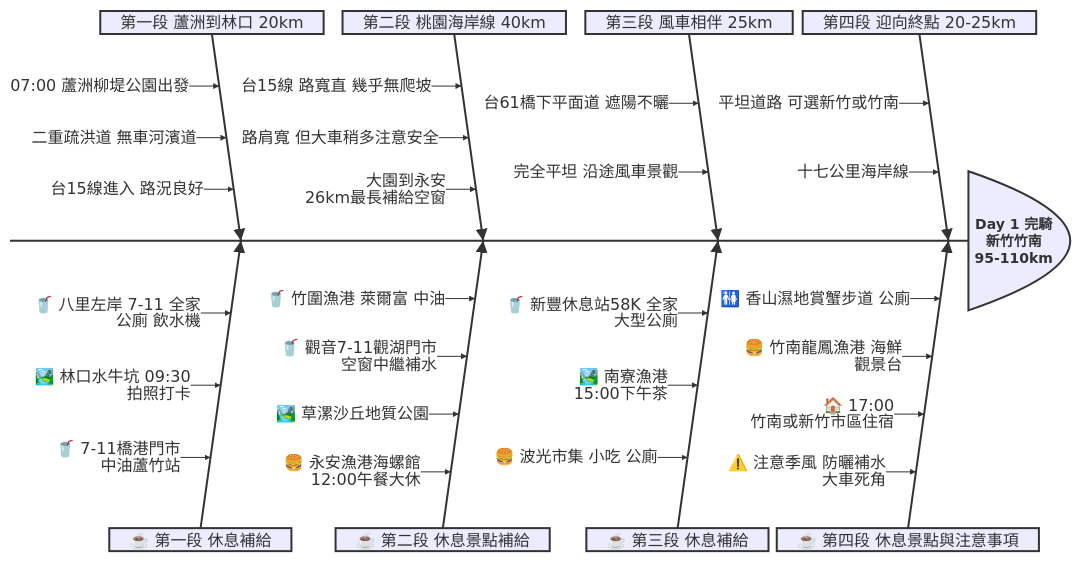
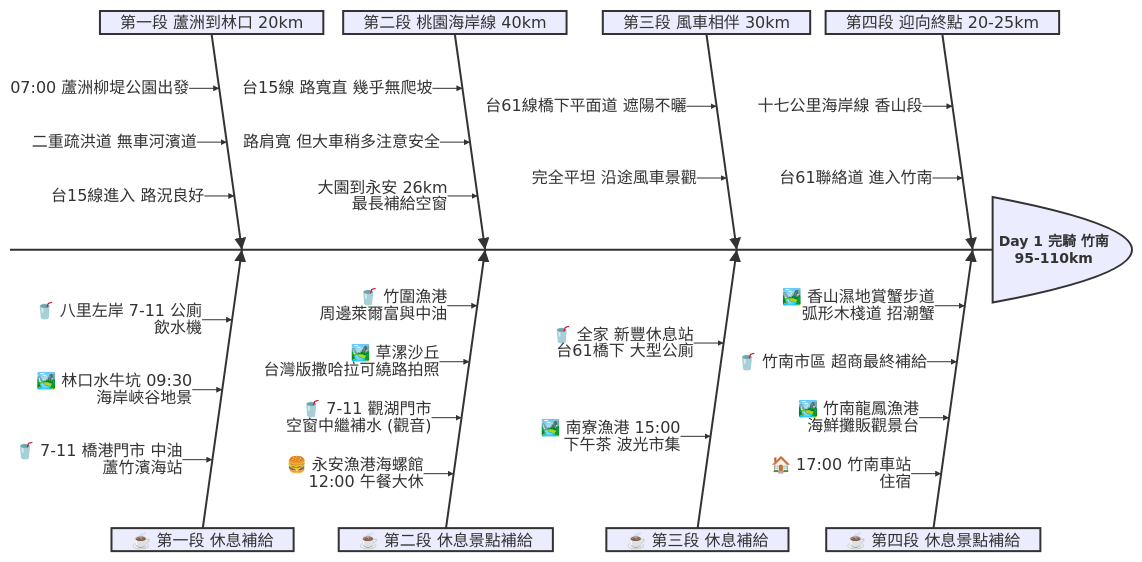
One commit to chinqan/CyclingTW changed the diagram in day1/day1.md. Above: the diagram before and after it, drawn with Mermaid. The commit also changed other lines of this file and 13 other files, not shown here.

````diff
--- a/day1/day1.md
+++ b/day1/day1.md
@@ -18,36 +26,35 @@
 ```mermaid
 ishikawa-beta
-    Day 1 完騎 新竹竹南 95-110km
+    Day 1 完騎 竹南 95-110km
     第四段 迎向終點 20-25km
-        平坦道路 可選新竹或竹南
-        十七公里海岸線
-    ☕️ 第四段 休息景點與注意事項
-        🚻 香山濕地賞蟹步道 公廁
-        🍔 竹南龍鳳漁港 海鮮 觀景台
-        🏠 17:00 竹南或新竹市區住宿
-        ⚠️ 注意季風 防曬補水 大車死角
-    第三段 風車相伴 25km
-        台61橋下平面道 遮陽不曬
+        十七公里海岸線 香山段
+        台61聯絡道 進入竹南
+    ☕️ 第四段 休息景點補給
+        🏞️ 香山濕地賞蟹步道 弧形木棧道 招潮蟹
+        🥤 竹南市區 超商最終補給
+        🏞️ 竹南龍鳳漁港 海鮮攤販觀景台
+        🏠 17:00 竹南車站 住宿
+    第三段 風車相伴 30km
+        台61線橋下平面道 遮陽不曬
         完全平坦 沿途風車景觀
     ☕️ 第三段 休息補給
-        🥤 新豐休息站58K 全家 大型公廁
-        🏞️ 南寮漁港 15:00下午茶
-        🍔 波光市集 小吃 公廁
+        🥤 全家 新豐休息站 台61橋下 大型公廁
+        🏞️ 南寮漁港 15:00 下午茶 波光市集
     第二段 桃園海岸線 40km
         台15線 路寬直 幾乎無爬坡
         路肩寬 但大車稍多注意安全
-        大園到永安 26km最長補給空窗
+        大園到永安 26km 最長補給空窗
     ☕️ 第二段 休息景點補給
-        🥤 竹圍漁港 萊爾富 中油
-        🥤 觀音7-11觀湖門市 空窗中繼補水
-        🏞️ 草漯沙丘地質公園
-        🍔 永安漁港海螺館 12:00午餐大休
+        🥤 竹圍漁港 周邊萊爾富與中油
+        🏞️ 草漯沙丘 台灣版撒哈拉可繞路拍照
+        🥤 7-11 觀湖門市 空窗中繼補水 (觀音)
+        🍔 永安漁港海螺館 12:00 午餐大休
     第一段 蘆洲到林口 20km
         07:00 蘆洲柳堤公園出發
         二重疏洪道 無車河濱道
         台15線進入 路況良好
     ☕️ 第一段 休息補給
-        🥤 八里左岸 7-11 全家 公廁 飲水機
-        🏞️ 林口水牛坑 09:30 拍照打卡
-        🥤 7-11橋港門市 中油蘆竹站
+        🥤 八里左岸 7-11 公廁 飲水機
+        🏞️ 林口水牛坑 09:30 海岸峽谷地景
+        🥤 7-11 橋港門市 中油 蘆竹濱海站
 ```
````
